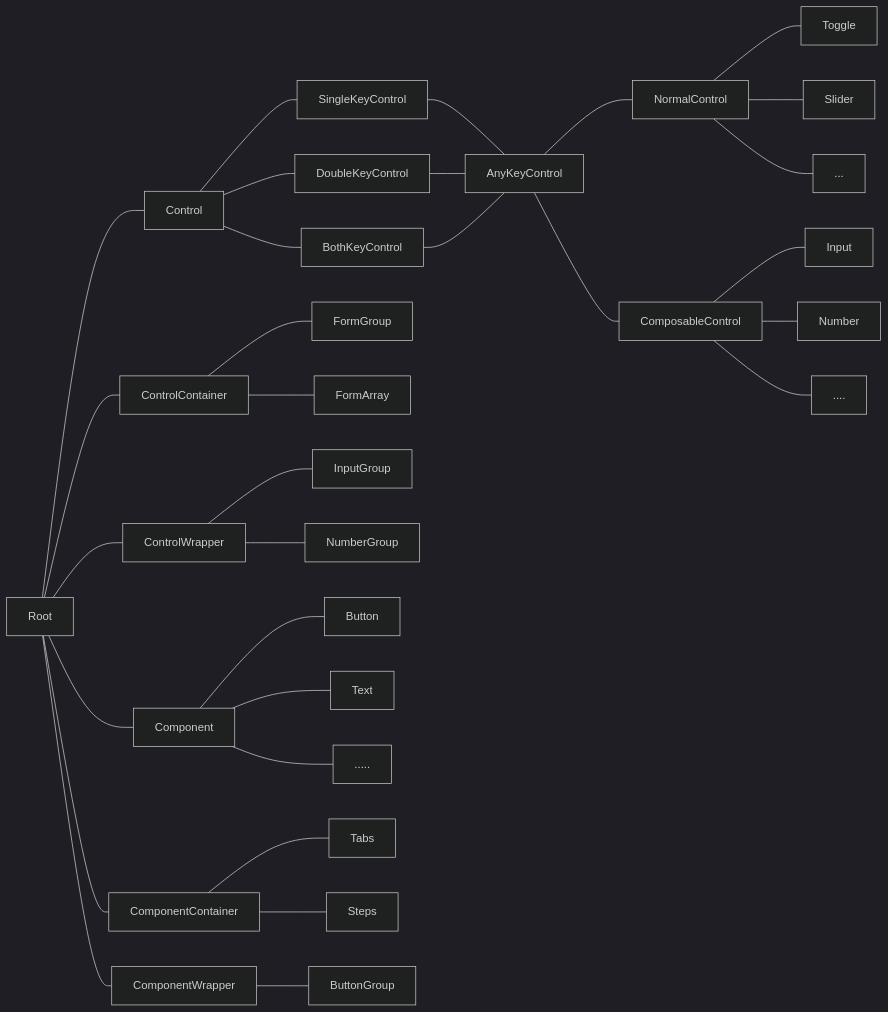
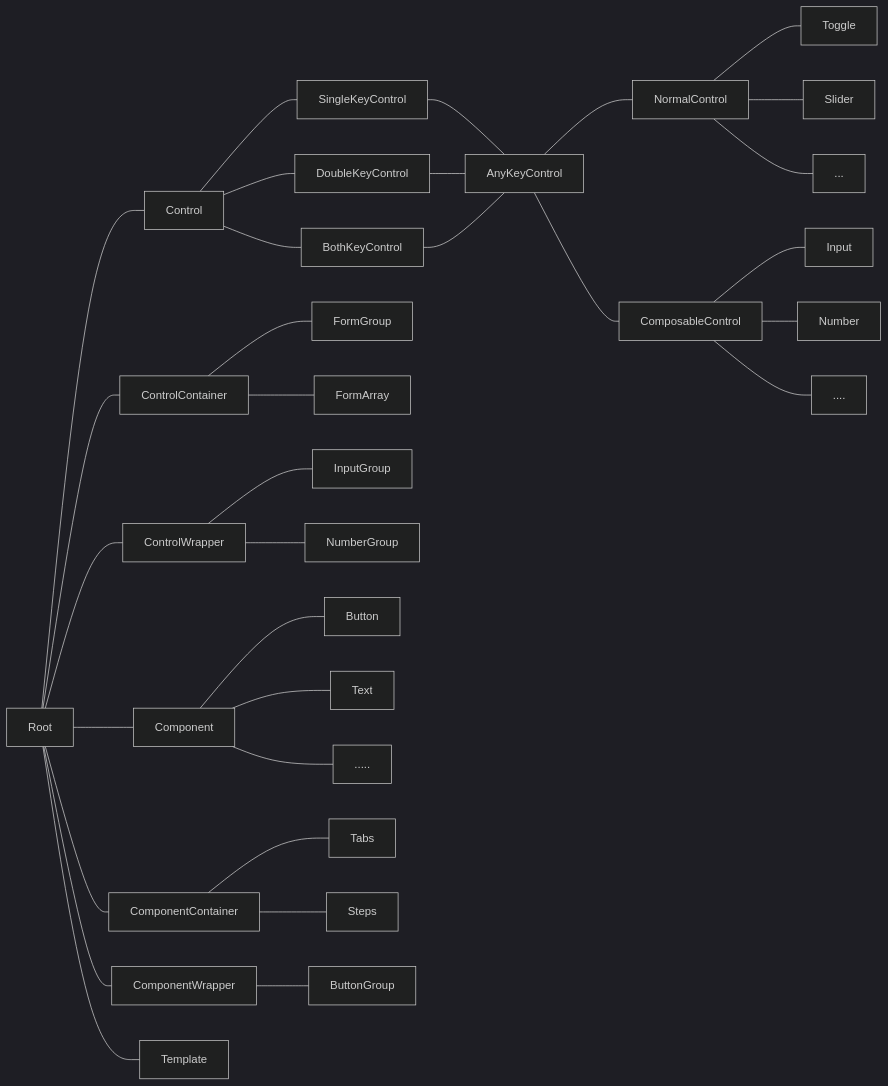
Before and after one commit to fluent-form/fluent-form: the diagram in DESIGN.md, drawn with Mermaid (dark theme).

````diff
--- a/DESIGN.md
+++ b/DESIGN.md
@@ -1,40 +1,43 @@
 ```mermaid
 graph LR
 
 Root --- Control
 Root --- ControlContainer
 Root --- ControlWrapper
 Root --- Component
 Root --- ComponentContainer
 Root --- ComponentWrapper
+Root --- Template
 
 Control --- SingleKeyControl --- AnyKeyControl
 Control --- DoubleKeyControl --- AnyKeyControl
 Control --- BothKeyControl --- AnyKeyControl
 
 AnyKeyControl --- NormalControl
 AnyKeyControl --- ComposableControl
 
 NormalControl --- Toggle
 NormalControl --- Slider
 NormalControl --- ...
 
 ComposableControl --- Input
 ComposableControl --- Number
 ComposableControl --- ....
 
 ControlContainer --- FormGroup
 ControlContainer --- FormArray
 
 ControlWrapper --- InputGroup
 ControlWrapper --- NumberGroup
 
 Component --- Button
 Component --- Text
 Component --- .....
 
 ComponentContainer --- Tabs
 ComponentContainer --- Steps
 
 ComponentWrapper --- ButtonGroup
+
+Template
 ```
````
